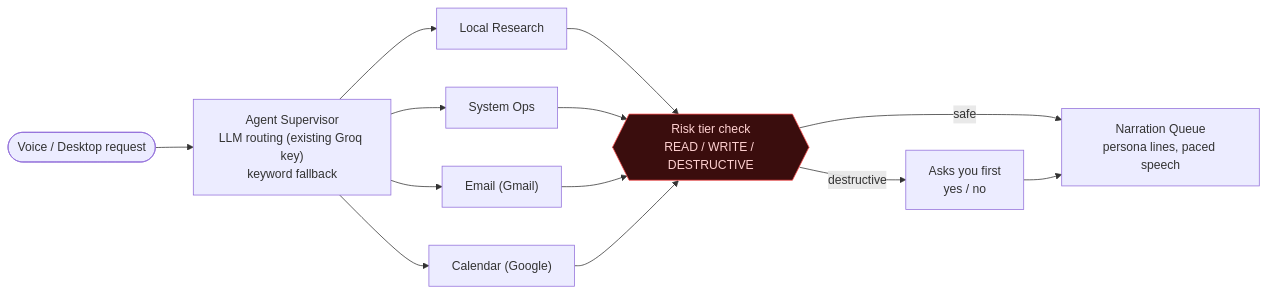
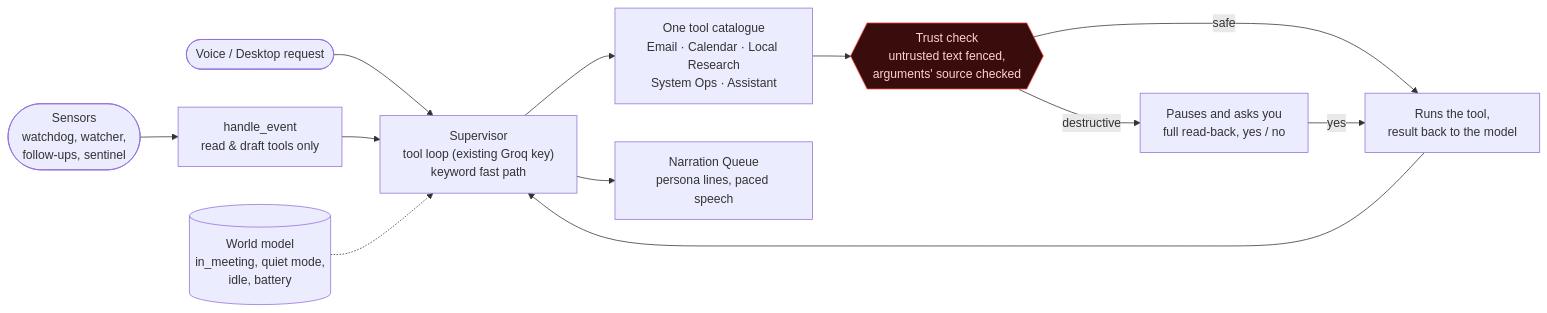
Before and after one commit to project-hellhound-org/JARVIS: the second of 2 diagrams in README.md, drawn with Mermaid. The commit also changed other lines of this file and 15 other files, not shown here.

````diff
--- a/README.md
+++ b/README.md
@@ -383,15 +383,17 @@
 ```mermaid
 flowchart LR
-    REQ(["Voice / Desktop request"]) --> SUP["Agent Supervisor<br/>LLM routing (existing Groq key)<br/>keyword fallback"]
-    SUP --> LR["Local Research"]
-    SUP --> SO["System Ops"]
-    SUP --> EM["Email (Gmail)"]
-    SUP --> CA["Calendar (Google)"]
-    LR & SO & EM & CA --> CONF{{"Risk tier check<br/>READ / WRITE / DESTRUCTIVE"}}
-    CONF -- destructive --> ASK["Asks you first<br/>yes / no"]
-    CONF -- safe --> NQ["Narration Queue<br/>persona lines, paced speech"]
-    ASK --> NQ
+    REQ(["Voice / Desktop request"]) --> SUP["Supervisor<br/>tool loop (existing Groq key)<br/>keyword fast path"]
+    SENS(["Sensors<br/>watchdog, watcher,<br/>follow-ups, sentinel"]) --> EV["handle_event<br/>read & draft tools only"]
+    EV --> SUP
+    WM[("World model<br/>in_meeting, quiet mode,<br/>idle, battery")] -.-> SUP
+    SUP --> TOOLS["One tool catalogue<br/>Email · Calendar · Local Research<br/>System Ops · Assistant"]
+    TOOLS --> TRUST{{"Trust check<br/>untrusted text fenced,<br/>arguments' source checked"}}
+    TRUST -- destructive --> ASK["Pauses and asks you<br/>full read-back, yes / no"]
+    TRUST -- safe --> RUN["Runs the tool,<br/>result back to the model"]
+    ASK -- yes --> RUN
+    RUN --> SUP
+    SUP --> NQ["Narration Queue<br/>persona lines, paced speech"]
 
     classDef gate fill:#3a0d0d,stroke:#ff4d4d,color:#ffd1d1;
-    class CONF gate;
+    class TRUST gate;
 ```
````
